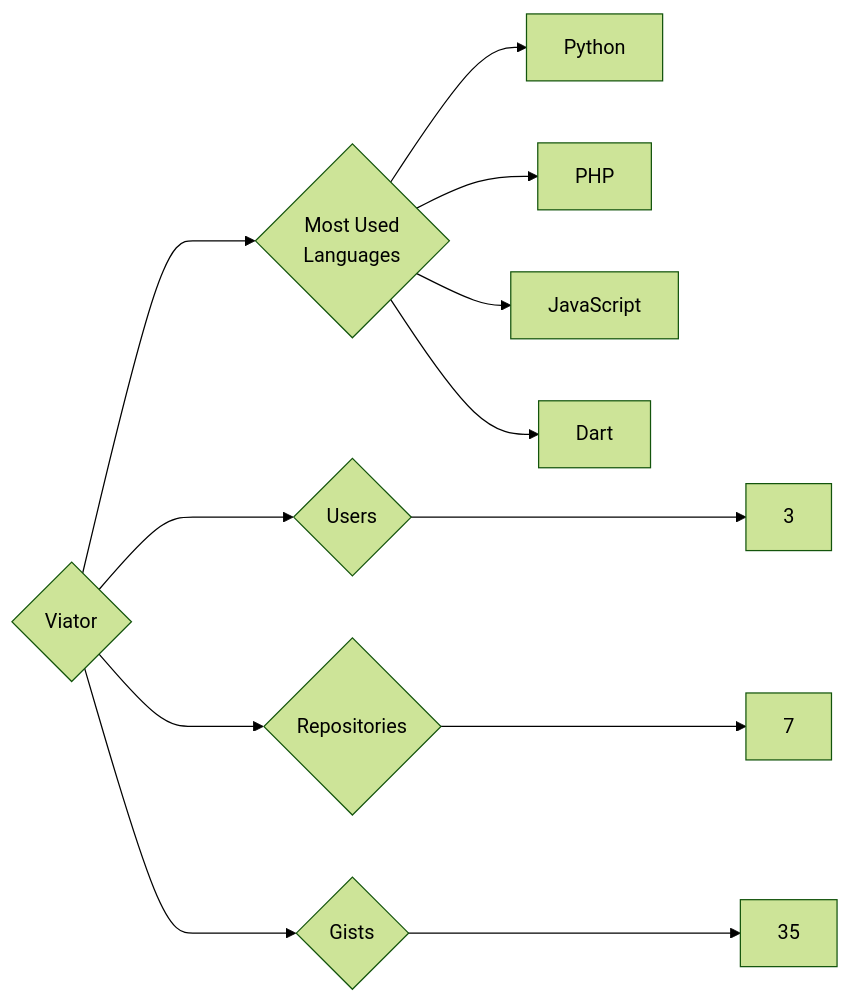
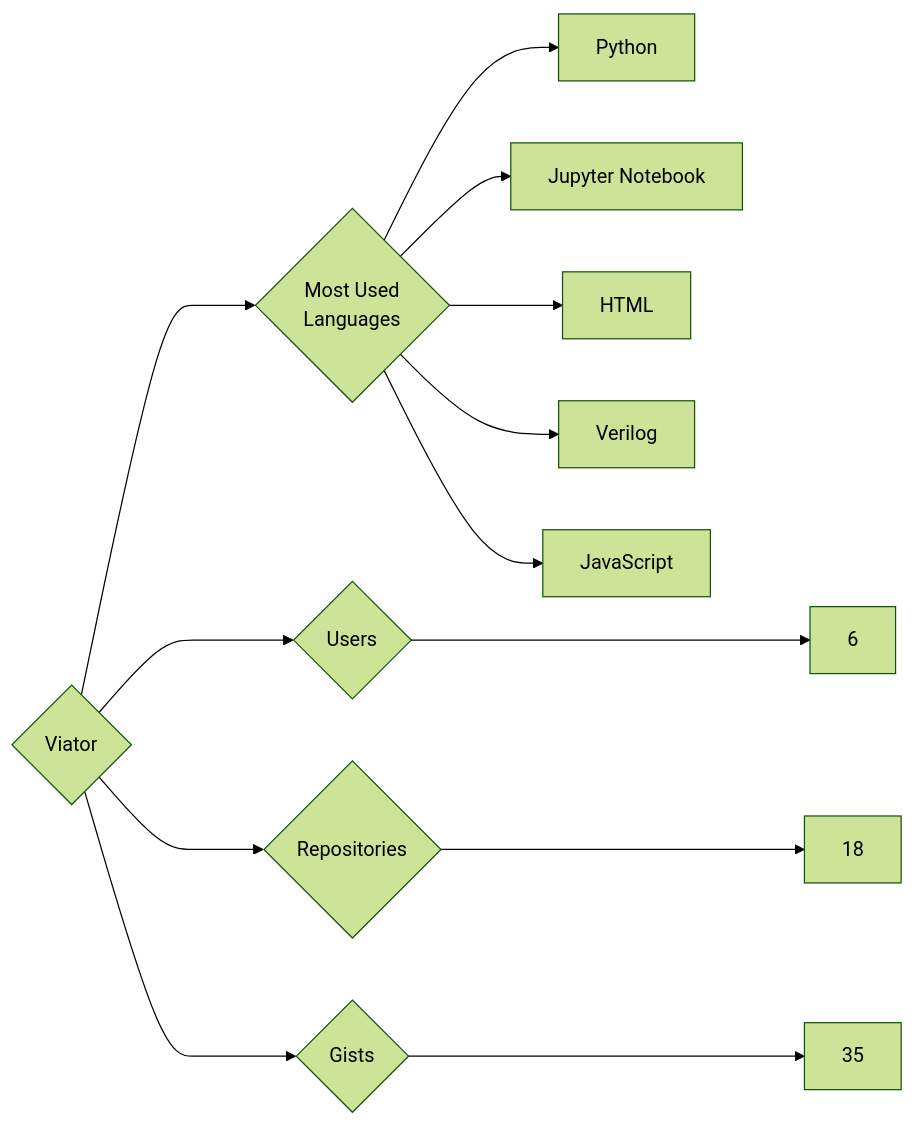
The diagram in targets/Viator/README.md (trickest/insiders), drawn with Mermaid (forest theme) before and after one commit. The commit also changed 797 other files, not shown here.

````diff
--- a/targets/Viator/README.md
+++ b/targets/Viator/README.md
@@ -3,12 +3,13 @@
 ```mermaid
 graph LR
 COMPANY_NAME{Viator}
-COMPANY_NAME ---> U{Users} ---> UN[3]
-COMPANY_NAME ---> R{Repositories} ---> RN[7]
+COMPANY_NAME ---> U{Users} ---> UN[6]
+COMPANY_NAME ---> R{Repositories} ---> RN[18]
 COMPANY_NAME ---> G{Gists} ---> GN[35]
 COMPANY_NAME ---> ML{Most Used<br>Languages}
 ML --> Python[Python]
-ML --> PHP[PHP]
+ML --> Jupyter_Notebook[Jupyter Notebook]
+ML --> HTML[HTML]
+ML --> Verilog[Verilog]
 ML --> JavaScript[JavaScript]
-ML --> Dart[Dart]
 ```
````
